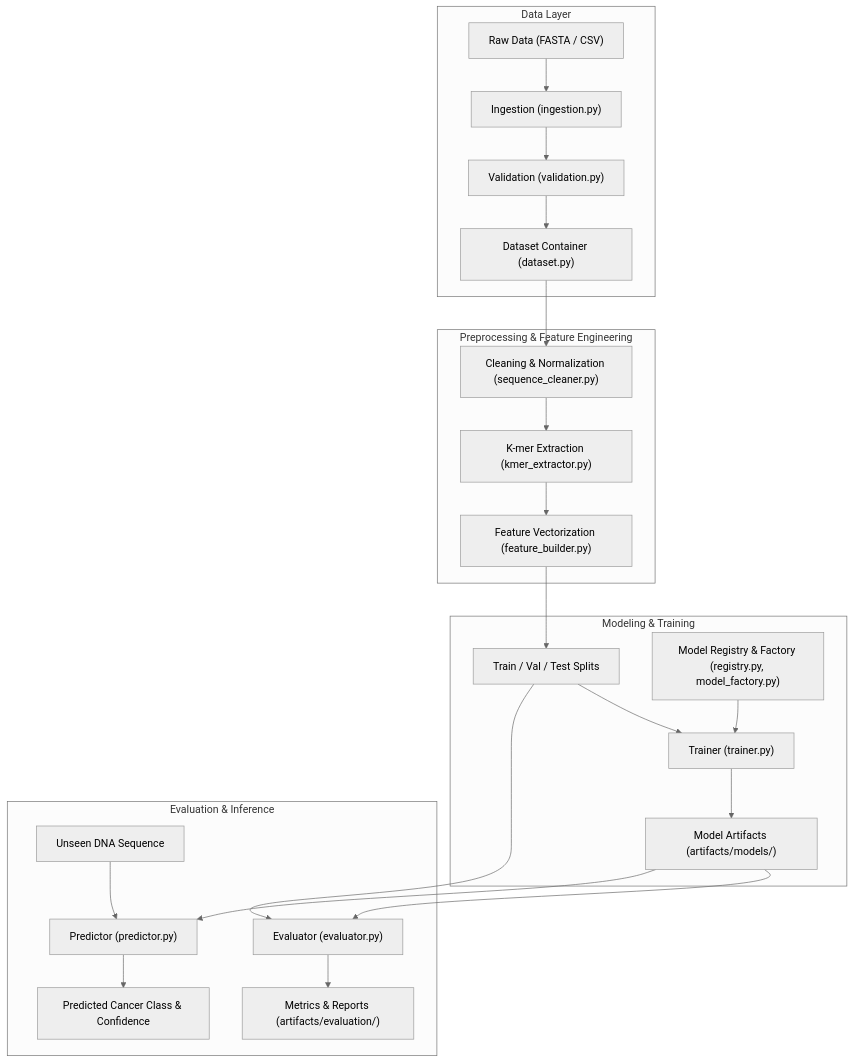
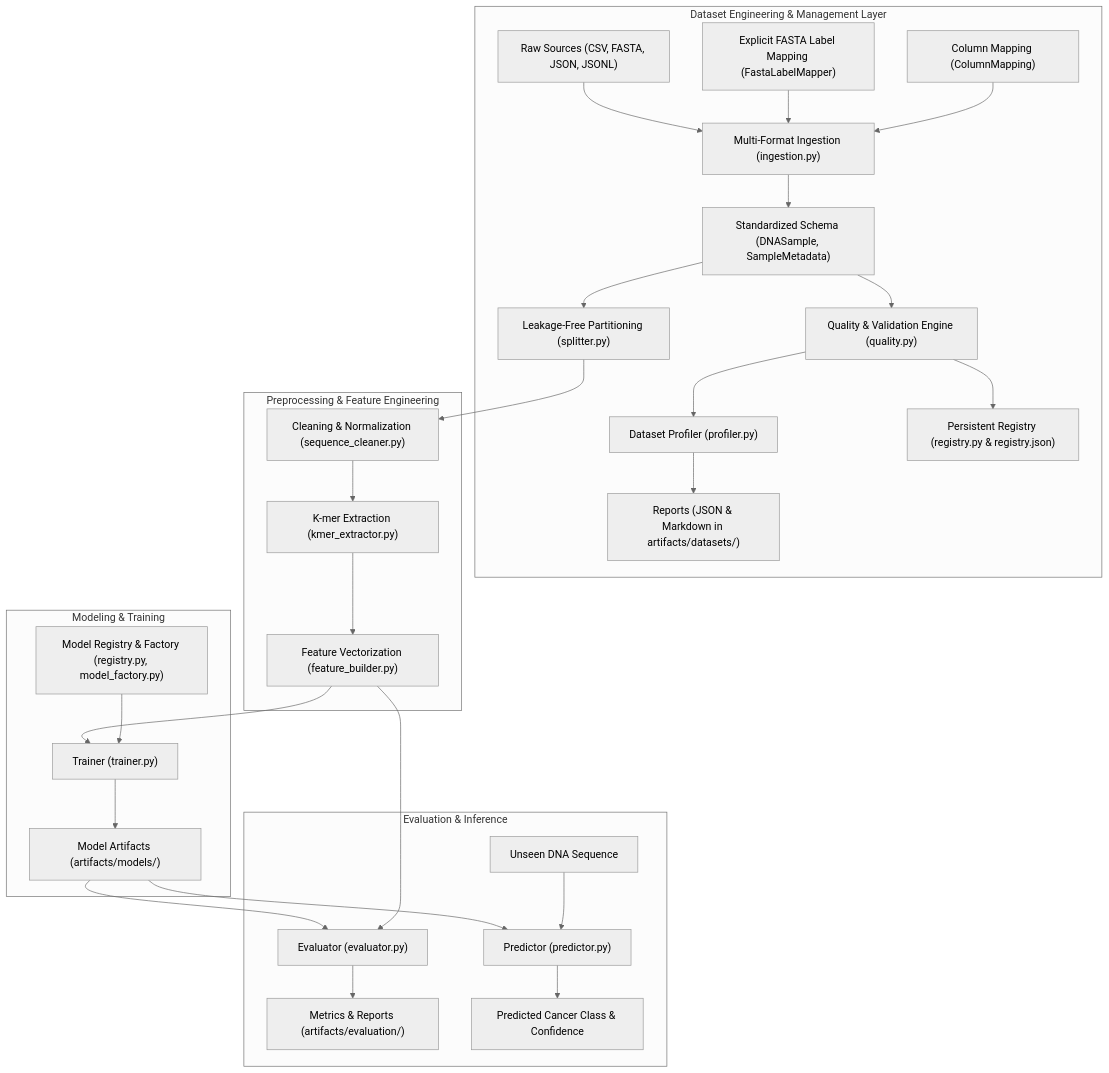
Before and after one commit to sujalgotnochill/Cancer-Prediction-Using-DNA-Sequencing: the diagram in docs/architecture.md, drawn with Mermaid (neutral theme). The commit also changed other lines of this file and 20 other files, not shown here.

Commit message:
Dataset Engineering and Management System

````diff
--- a/docs/architecture.md
+++ b/docs/architecture.md
@@ -9,30 +9,35 @@
 ```mermaid
 flowchart TD
-    subgraph Data Layer
-        RAW["Raw Data (FASTA / CSV)"] --> INGEST["Ingestion (ingestion.py)"]
-        INGEST --> VALID["Validation (validation.py)"]
-        VALID --> DS["Dataset Container (dataset.py)"]
+    subgraph Dataset Engineering & Management Layer
+        RAW["Raw Sources (CSV, FASTA, JSON, JSONL)"] --> INGEST["Multi-Format Ingestion (ingestion.py)"]
+        FASTA_MAP["Explicit FASTA Label Mapping (FastaLabelMapper)"] --> INGEST
+        COL_MAP["Column Mapping (ColumnMapping)"] --> INGEST
+        INGEST --> SCHEMA["Standardized Schema (DNASample, SampleMetadata)"]
+        SCHEMA --> QA["Quality & Validation Engine (quality.py)"]
+        QA --> PROF["Dataset Profiler (profiler.py)"]
+        QA --> REG["Persistent Registry (registry.py & registry.json)"]
+        PROF --> REPORTS["Reports (JSON & Markdown in artifacts/datasets/)"]
+        SCHEMA --> SPLIT["Leakage-Free Partitioning (splitter.py)"]
     end
 
     subgraph Preprocessing & Feature Engineering
-        DS --> CLEAN["Cleaning & Normalization (sequence_cleaner.py)"]
+        SPLIT --> CLEAN["Cleaning & Normalization (sequence_cleaner.py)"]
         CLEAN --> KMER["K-mer Extraction (kmer_extractor.py)"]
         KMER --> VEC["Feature Vectorization (feature_builder.py)"]
     end
 
     subgraph Modeling & Training
-        VEC --> SPLIT["Train / Val / Test Splits"]
-        SPLIT --> TRAIN["Trainer (trainer.py)"]
+        VEC --> TRAIN["Trainer (trainer.py)"]
         REGISTRY["Model Registry & Factory (registry.py, model_factory.py)"] --> TRAIN
         TRAIN --> CHECKPOINT["Model Artifacts (artifacts/models/)"]
     end
 
     subgraph Evaluation & Inference
         CHECKPOINT --> EVAL["Evaluator (evaluator.py)"]
-        SPLIT --> EVAL
+        VEC --> EVAL
         EVAL --> METRICS["Metrics & Reports (artifacts/evaluation/)"]
         CHECKPOINT --> PREDICT["Predictor (predictor.py)"]
         NEW_SEQ["Unseen DNA Sequence"] --> PREDICT
         PREDICT --> OUTPUT["Predicted Cancer Class & Confidence"]
     end
 ```
````
